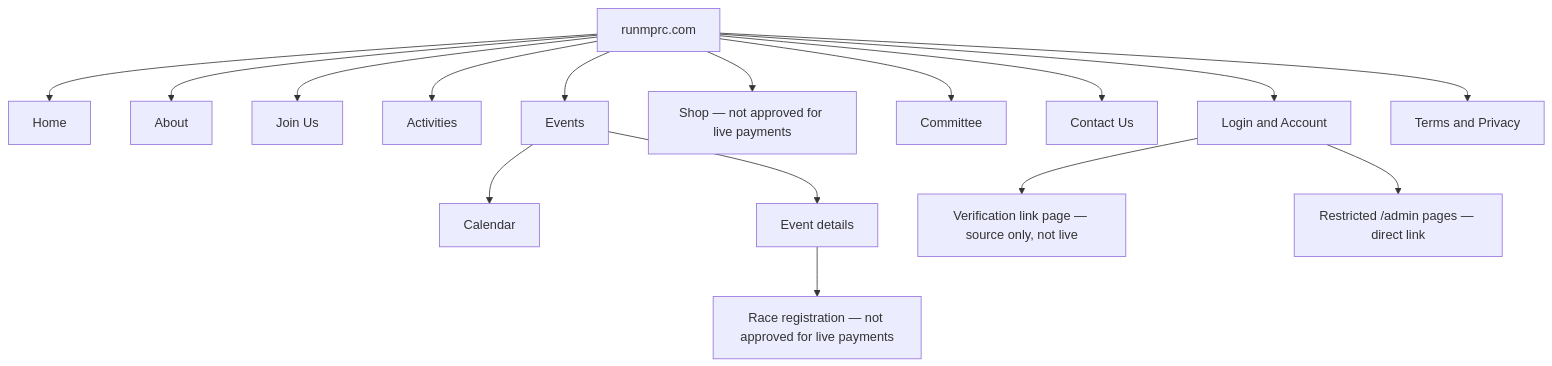
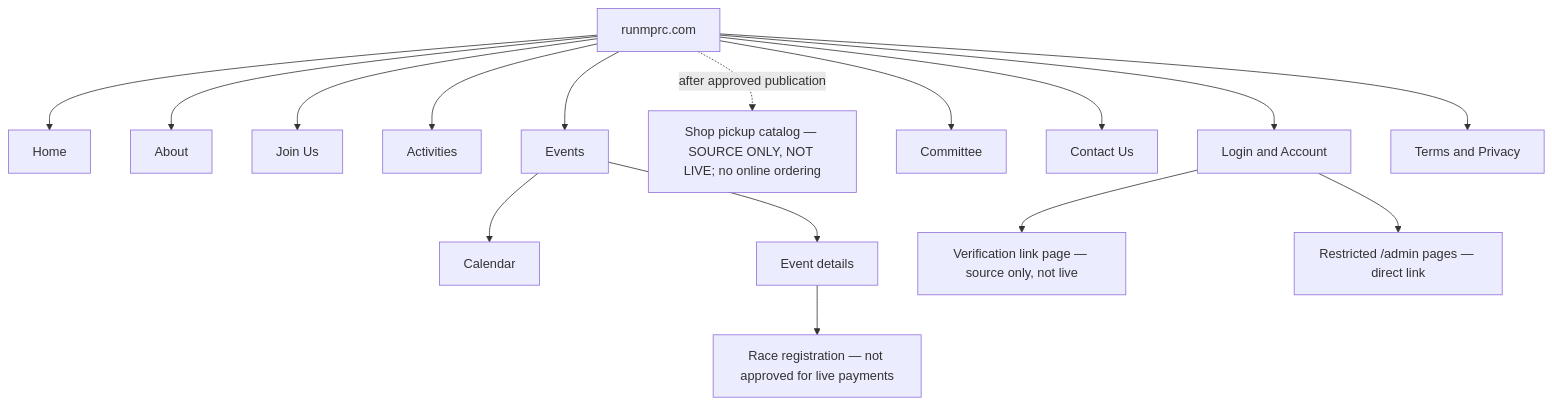
The first of 8 diagrams in docs/officers/SYSTEM_MAPS.md (Run-MPRC/Run-MPRC.github.io), drawn with Mermaid before and after one commit. The commit also changed other lines of this file and 4 other files, not shown here.

Commit message:
feat(shop): add in-person pickup catalog

````diff
--- a/docs/officers/SYSTEM_MAPS.md
+++ b/docs/officers/SYSTEM_MAPS.md
@@ -7,18 +7,18 @@
 ```mermaid
 flowchart TD
     Site["runmprc.com"] --> Home["Home"]
     Site --> About["About"]
     Site --> Join["Join Us"]
     Site --> Activities["Activities"]
     Site --> Events["Events"]
     Events --> Calendar["Calendar"]
     Events --> Event["Event details"]
     Event --> Registration["Race registration — not approved for live payments"]
-    Site --> Shop["Shop — not approved for live payments"]
+    Site -. "after approved publication" .-> Shop["Shop pickup catalog — SOURCE ONLY, NOT LIVE; no online ordering"]
     Site --> Committee["Committee"]
     Site --> Contact["Contact Us"]
     Site --> Account["Login and Account"]
     Account --> AuthAction["Verification link page — source only, not live"]
     Site --> Legal["Terms and Privacy"]
     Account --> Admin["Restricted /admin pages — direct link"]
 ```
````
